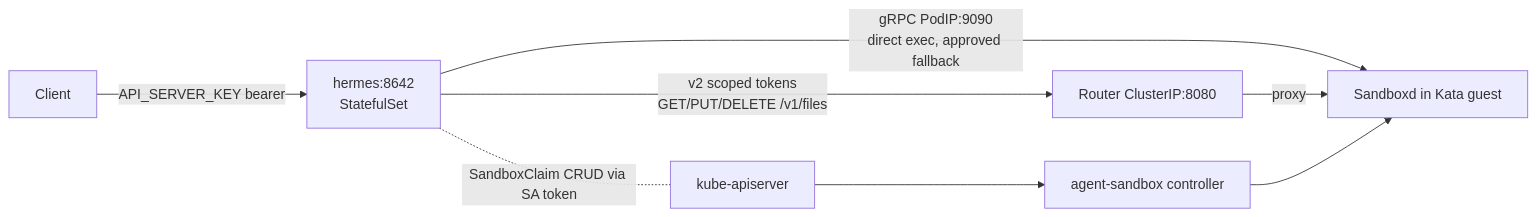
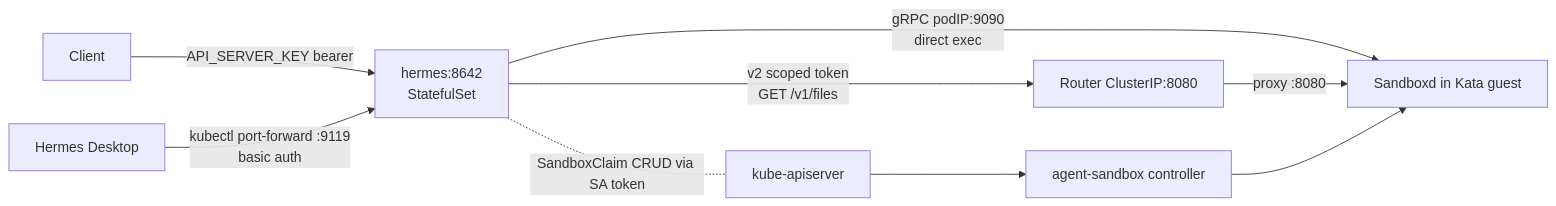
The diagram in docs/hermes-agent-sandbox.md (ngoldack/homelab), drawn with Mermaid before and after one commit. The commit also changed other lines of this file, not shown here.

First line of the commit message:
docs(hermes): bring the runbook in line with the stack as implemented

````diff
--- a/docs/hermes-agent-sandbox.md
+++ b/docs/hermes-agent-sandbox.md
@@ -13,10 +13,11 @@
 ```mermaid
 graph LR
     C[Client] -->|API_SERVER_KEY bearer| A[hermes:8642<br/>StatefulSet]
-    A -->|gRPC PodIP:9090<br/>direct exec, approved fallback| S[Sandboxd in Kata guest]
-    A -->|v2 scoped tokens<br/>GET/PUT/DELETE /v1/files| R[Router ClusterIP:8080]
-    R -->|proxy| S
+    D[Hermes Desktop] -->|kubectl port-forward :9119<br/>basic auth| A
+    A -->|gRPC podIP:9090<br/>direct exec| S[Sandboxd in Kata guest]
+    A -->|v2 scoped token<br/>GET /v1/files| R[Router ClusterIP:8080]
+    R -->|proxy :8080| S
     A -.SandboxClaim CRUD via SA token.- K[kube-apiserver]
     K --> W[agent-sandbox controller]
     W --> S
 ```
````
